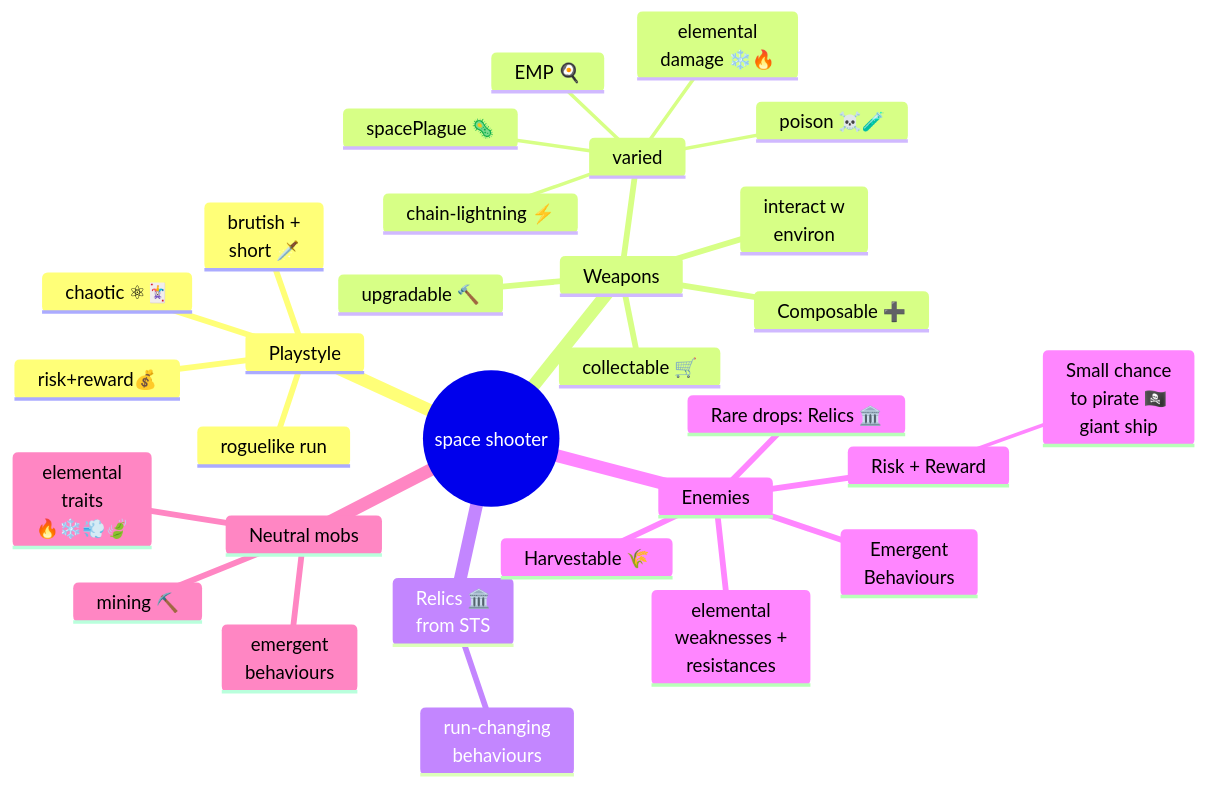
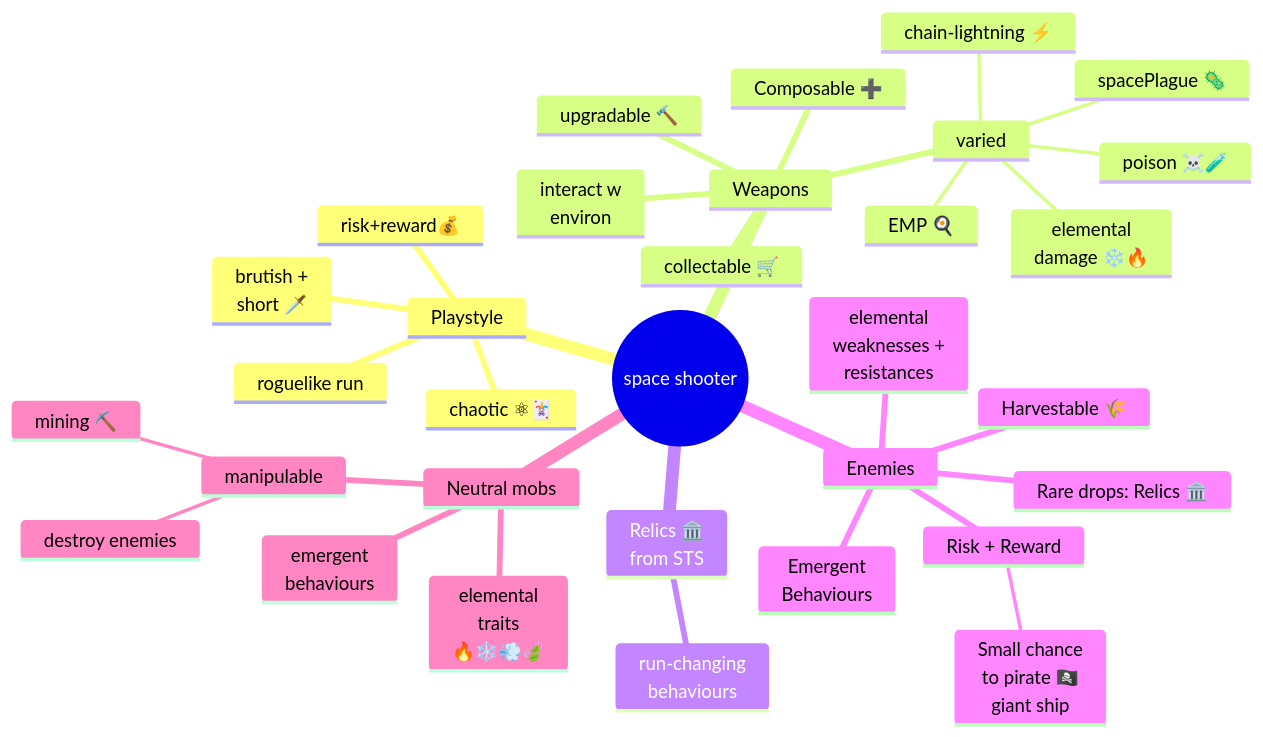
One commit to nbogie/p5js-space-scroller changed the diagram in docs/todo.md. Above: the diagram before and after it, drawn with Mermaid.

````diff
--- a/docs/todo.md
+++ b/docs/todo.md
@@ -22,34 +22,36 @@
 ```mermaid
 %%{init: {'theme': 'default'}}%%
 mindmap
   root((space shooter))
     Playstyle
       roguelike run
       risk+reward💰
       chaotic ⚛🃏
       brutish +<br/>short 🗡️
     Weapons
       Composable ➕
       varied
         elemental<br/>damage ❄️🔥
         spacePlague 🦠
         EMP 🍳
         chain-lightning ⚡️
         poison ☠️🧪
       interact w<br/>environ
       collectable 🛒
       upgradable 🔨
     Relics 🏛️<br/>from STS
       run-changing<br/>behaviours
     Enemies
       Emergent<br/>Behaviours
       Risk + Reward
         Small chance<br/>to pirate 🏴‍☠️<br/>giant ship
       elemental<br/>weaknesses +<br/>resistances
       Harvestable 🌾
       Rare drops: Relics 🏛️
     Neutral mobs
       elemental<br/>traits<br/>🔥❄️💨🍃
       emergent<br/>behaviours
-      mining ⛏️
+      manipulable
+        destroy enemies
+        mining ⛏️
 ```
````
